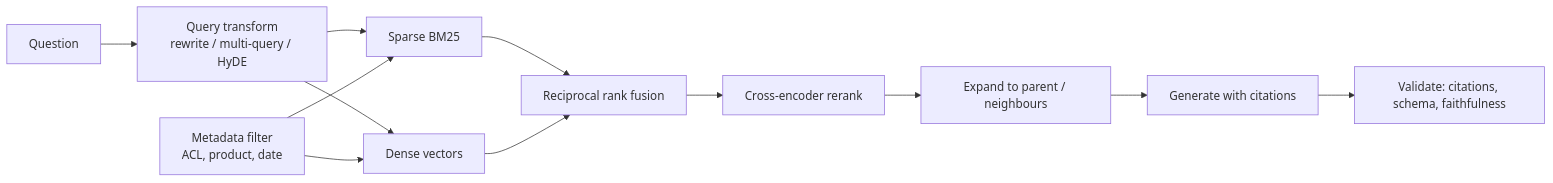
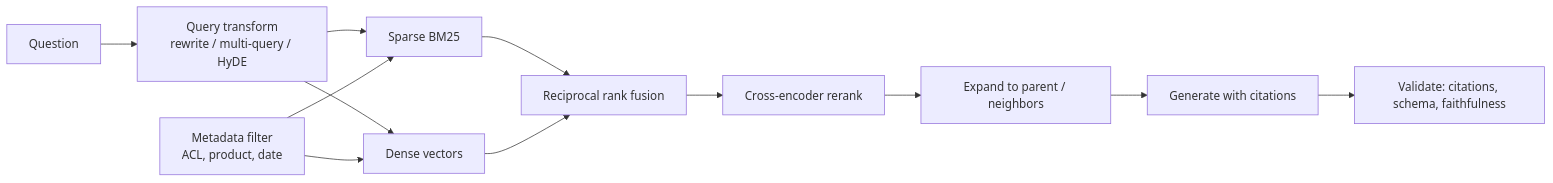
Before and after one commit to vivek-rm-14286/llm-from-scratch: the first of 3 diagrams in docs/rag/advanced.md, drawn with Mermaid. The commit also changed other lines of this file and 129 other files, not shown here.

````diff
--- a/docs/rag/advanced.md
+++ b/docs/rag/advanced.md
@@ -17,14 +18,14 @@
 ```mermaid
 flowchart LR
     Q[Question] --> QT["Query transform<br/>rewrite / multi-query / HyDE"]
     QT --> S[Sparse BM25]
     QT --> D[Dense vectors]
     F["Metadata filter<br/>ACL, product, date"] --> S
     F --> D
     S --> RRF[Reciprocal rank fusion]
     D --> RRF
     RRF --> CE[Cross-encoder rerank]
-    CE --> PD[Expand to parent / neighbours]
+    CE --> PD[Expand to parent / neighbors]
     PD --> G[Generate with citations]
     G --> V[Validate: citations, schema, faithfulness]
 ```
````
